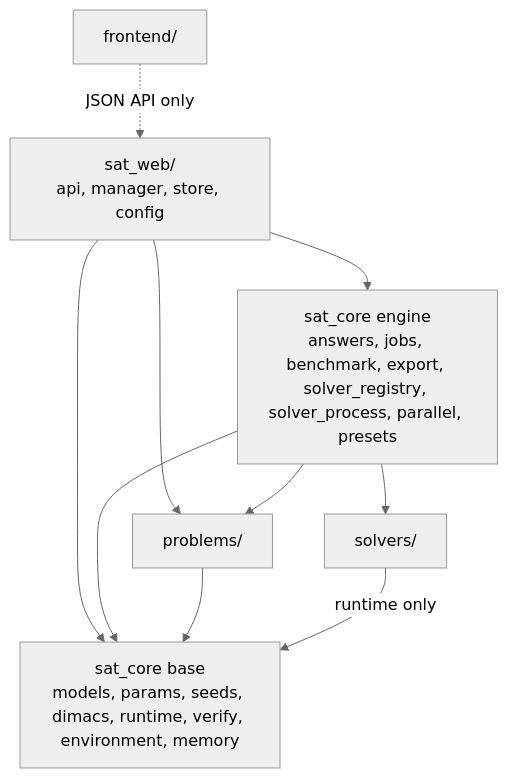
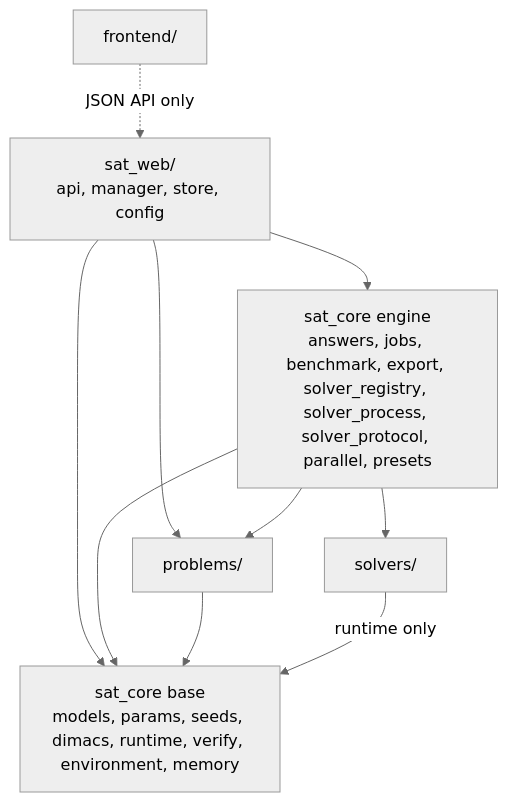
One commit to Aziyck/SATsolver changed the second of 11 diagrams in docs/guide/architecture.md. Above: the diagram before and after it, drawn with Mermaid (neutral theme). The commit also changed other lines of this file and 8 other files, not shown here.

First line of the commit message:
RUNNER-11: child protocol in sat_core/solver_protocol.py

````diff
--- a/docs/guide/architecture.md
+++ b/docs/guide/architecture.md
@@ -142,19 +144,19 @@
 ```mermaid
 flowchart TD
     frontend["frontend/"]
     web["sat_web/<br/>api, manager, store, config"]
-    engine["sat_core engine<br/>answers, jobs, benchmark, export, solver_registry, solver_process, parallel, presets"]
+    engine["sat_core engine<br/>answers, jobs, benchmark, export, solver_registry, solver_process, solver_protocol, parallel, presets"]
     problems["problems/"]
     solvers["solvers/"]
     base["sat_core base<br/>models, params, seeds, dimacs, runtime, verify, environment, memory"]
 
     frontend -. "JSON API only" .-> web
     web --> engine
     web --> problems
     web --> base
     engine --> problems
     engine --> solvers
     engine --> base
     problems --> base
     solvers -- "runtime only" --> base
 ```
````
